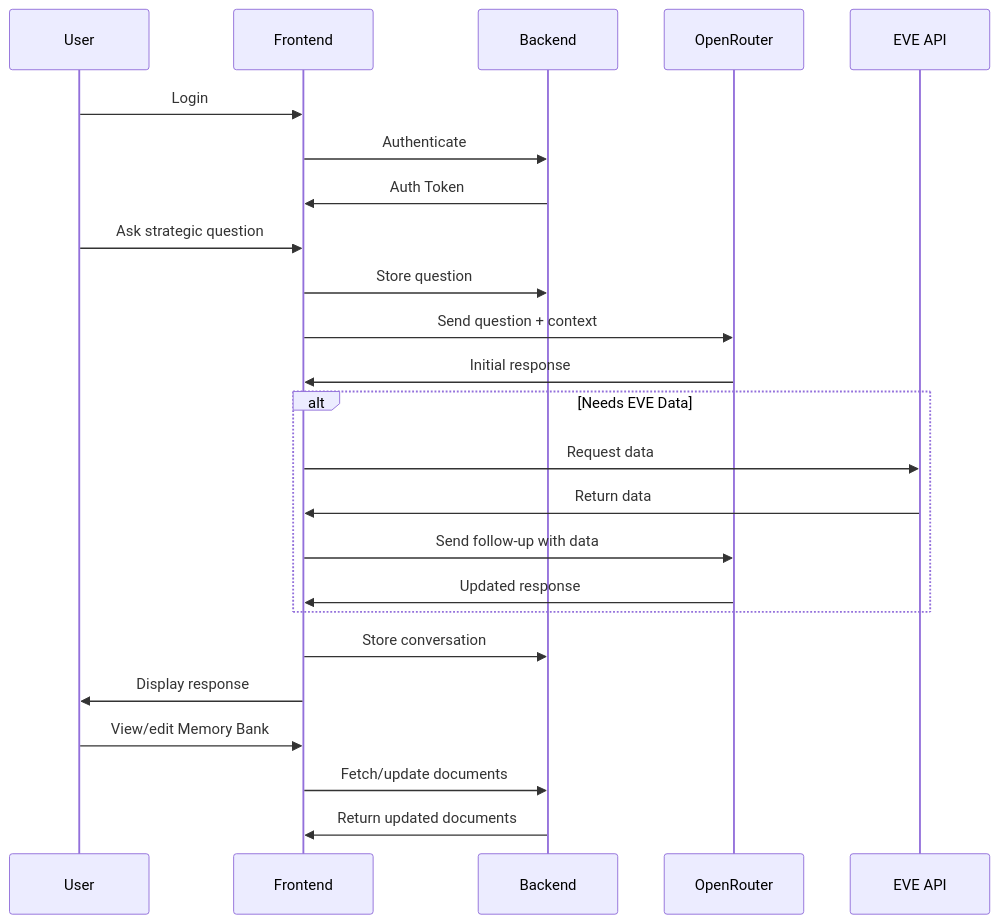
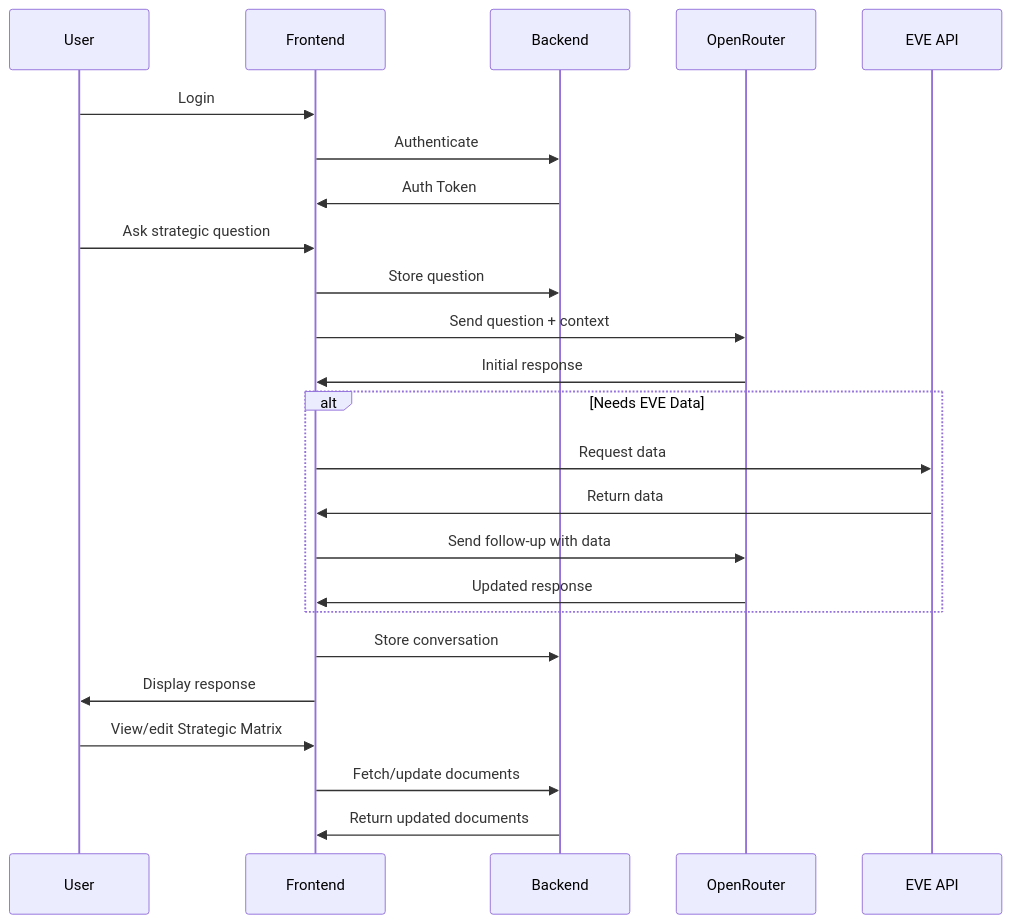
The second of 2 diagrams in Gryyk-47-Project-Plan.md (poorlyordered/gryyk-47), drawn with Mermaid before and after one commit. The commit also changed other lines of this file and 16 other files, not shown here.

Commit message:
Implement hybrid vertical slice architecture, clarify documentation, add corp-intel API, and mark architecture complete

````diff
--- a/Gryyk-47-Project-Plan.md
+++ b/Gryyk-47-Project-Plan.md
@@ -46,31 +59,31 @@
 ```mermaid
 sequenceDiagram
     participant User
     participant Frontend
     participant Backend
     participant OpenRouter
     participant EVE API
     
     User->>Frontend: Login
     Frontend->>Backend: Authenticate
     Backend->>Frontend: Auth Token
     
     User->>Frontend: Ask strategic question
     Frontend->>Backend: Store question
     Frontend->>OpenRouter: Send question + context
     OpenRouter->>Frontend: Initial response
     
     alt Needs EVE Data
         Frontend->>EVE API: Request data
         EVE API->>Frontend: Return data
         Frontend->>OpenRouter: Send follow-up with data
         OpenRouter->>Frontend: Updated response
     end
     
     Frontend->>Backend: Store conversation
     Frontend->>User: Display response
     
-    User->>Frontend: View/edit Memory Bank
+    User->>Frontend: View/edit Strategic Matrix
     Frontend->>Backend: Fetch/update documents
     Backend->>Frontend: Return updated documents
 ```
````
